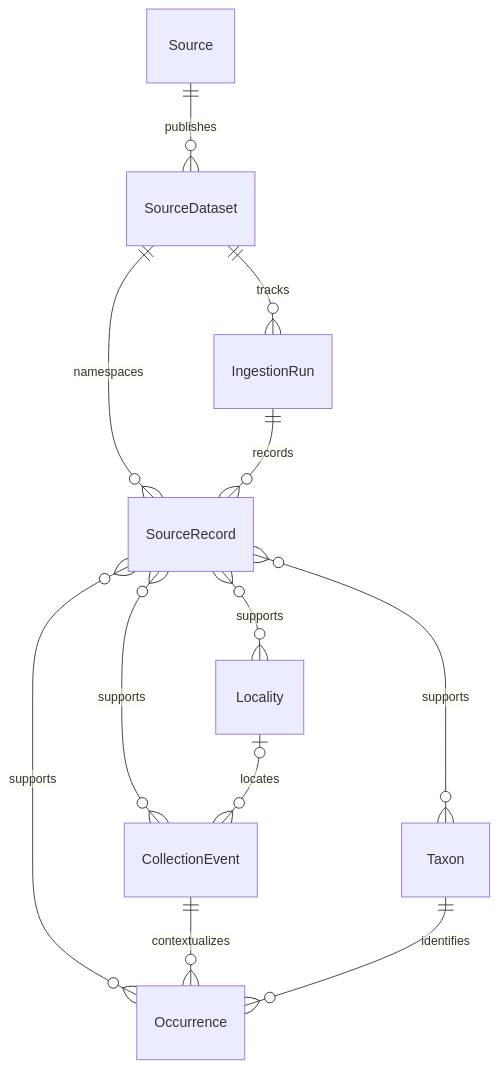
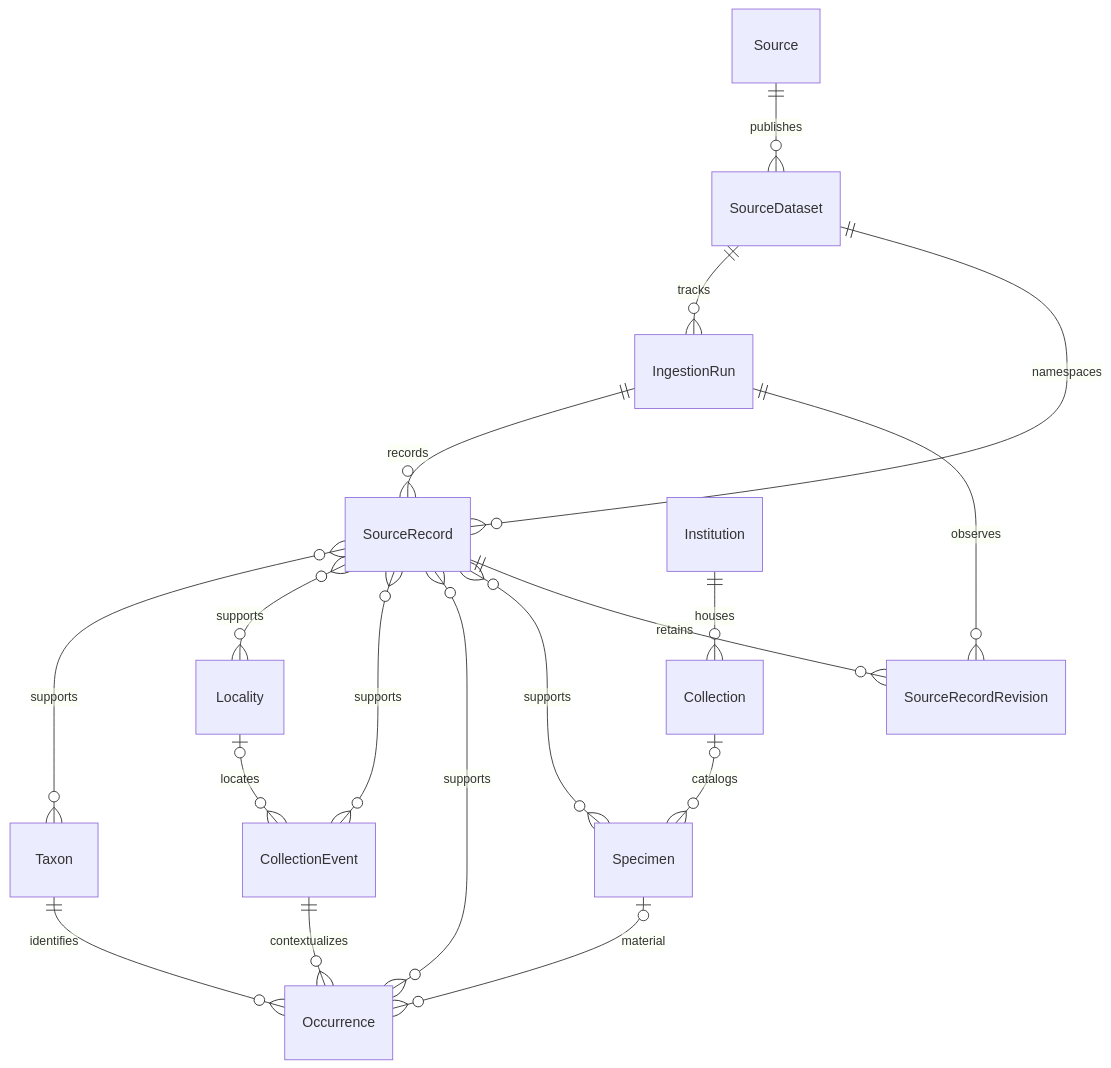
One commit to AaronGibson2/PaleoGraph changed the diagram in docs/data-model.md. Above: the diagram before and after it, drawn with Mermaid. The commit also changed other lines of this file and 40 other files, not shown here.

````diff
--- a/docs/data-model.md
+++ b/docs/data-model.md
@@ -5,14 +7,20 @@
 ```mermaid
 erDiagram
     Source ||--o{ SourceDataset : publishes
     SourceDataset ||--o{ IngestionRun : tracks
     SourceDataset ||--o{ SourceRecord : namespaces
     IngestionRun ||--o{ SourceRecord : records
     SourceRecord }o--o{ Taxon : supports
     SourceRecord }o--o{ Locality : supports
     SourceRecord }o--o{ CollectionEvent : supports
     SourceRecord }o--o{ Occurrence : supports
     Locality o|--o{ CollectionEvent : locates
     CollectionEvent ||--o{ Occurrence : contextualizes
     Taxon ||--o{ Occurrence : identifies
+    Institution ||--o{ Collection : houses
+    Collection o|--o{ Specimen : catalogs
+    Specimen o|--o{ Occurrence : material
+    SourceRecord }o--o{ Specimen : supports
+    SourceRecord ||--o{ SourceRecordRevision : retains
+    IngestionRun ||--o{ SourceRecordRevision : observes
 ```
````
